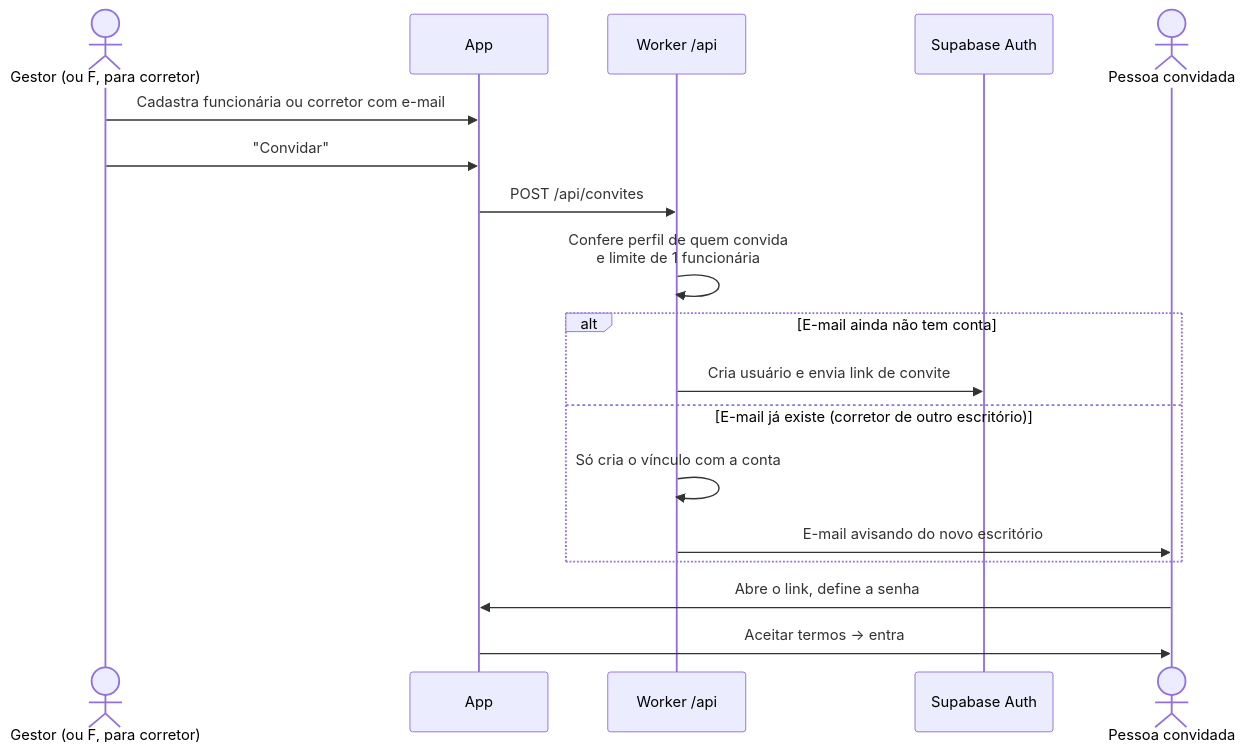
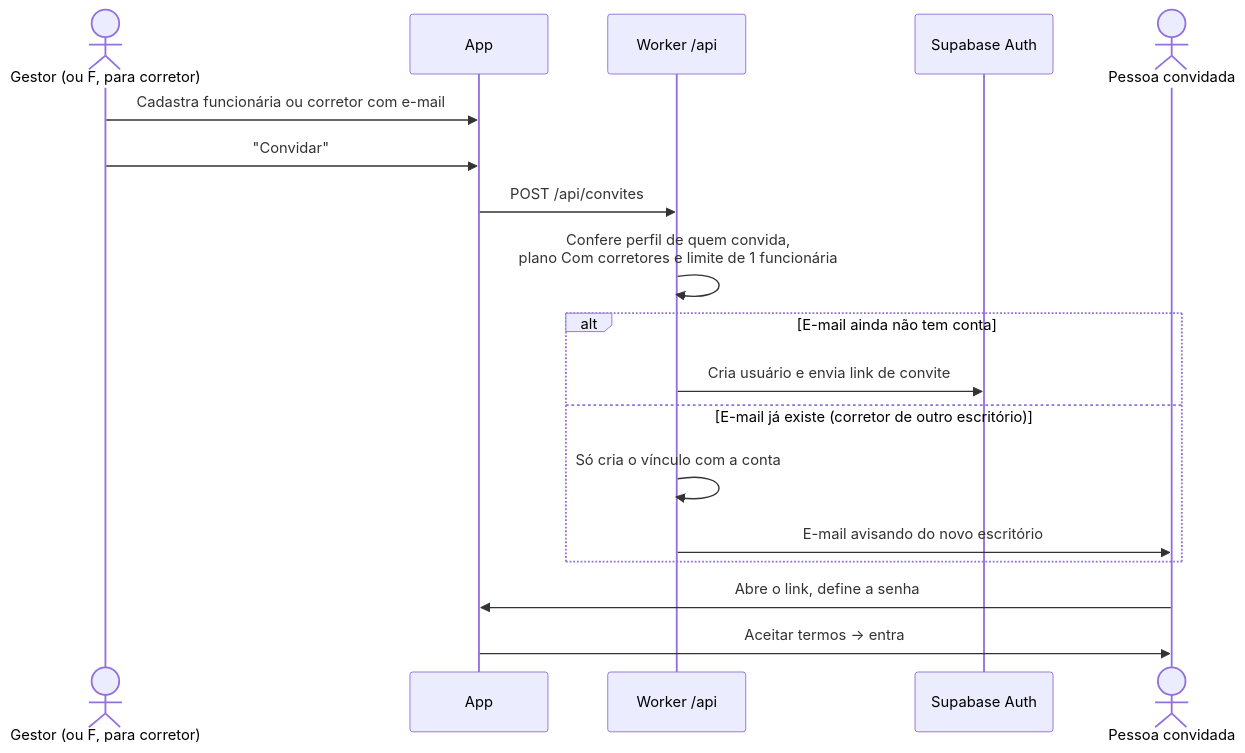
Before and after one commit to 77mdias/central-do-correspondente: the fourth of 5 diagrams in docs/FLUXOS.md, drawn with Mermaid. The commit also changed other lines of this file and 7 other files, not shown here.

Commit message:
docs: dois planos de assinatura (Simples R$ 99 e Com corretores R$ 149)

````diff
--- a/docs/FLUXOS.md
+++ b/docs/FLUXOS.md
@@ -121,20 +121,20 @@
 ```mermaid
 sequenceDiagram
     actor G as Gestor (ou F, para corretor)
     participant App
     participant API as Worker /api
     participant Auth as Supabase Auth
     actor P as Pessoa convidada
     G->>App: Cadastra funcionária ou corretor com e-mail
     G->>App: "Convidar"
     App->>API: POST /api/convites
-    API->>API: Confere perfil de quem convida<br/>e limite de 1 funcionária
+    API->>API: Confere perfil de quem convida,<br/>plano Com corretores e limite de 1 funcionária
     alt E-mail ainda não tem conta
         API->>Auth: Cria usuário e envia link de convite
     else E-mail já existe (corretor de outro escritório)
         API->>API: Só cria o vínculo com a conta
         API->>P: E-mail avisando do novo escritório
     end
     P->>App: Abre o link, define a senha
     App->>P: Aceitar termos → entra
 ```
````
